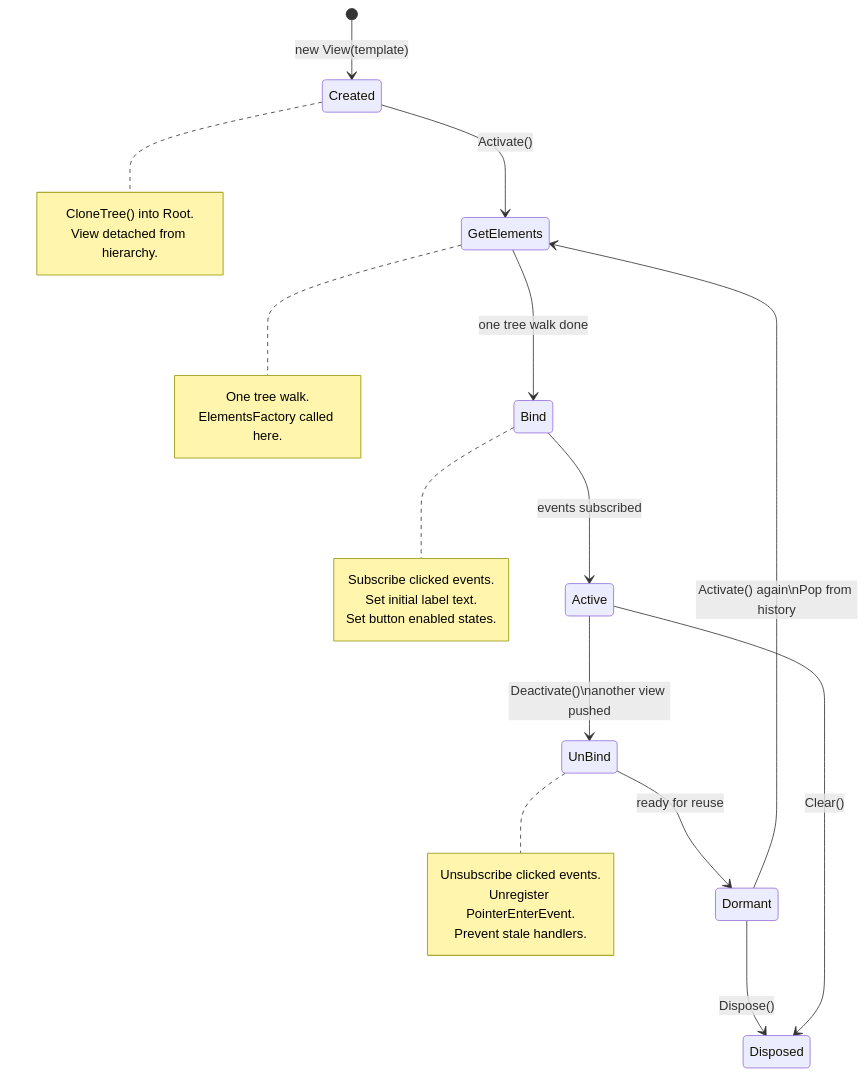
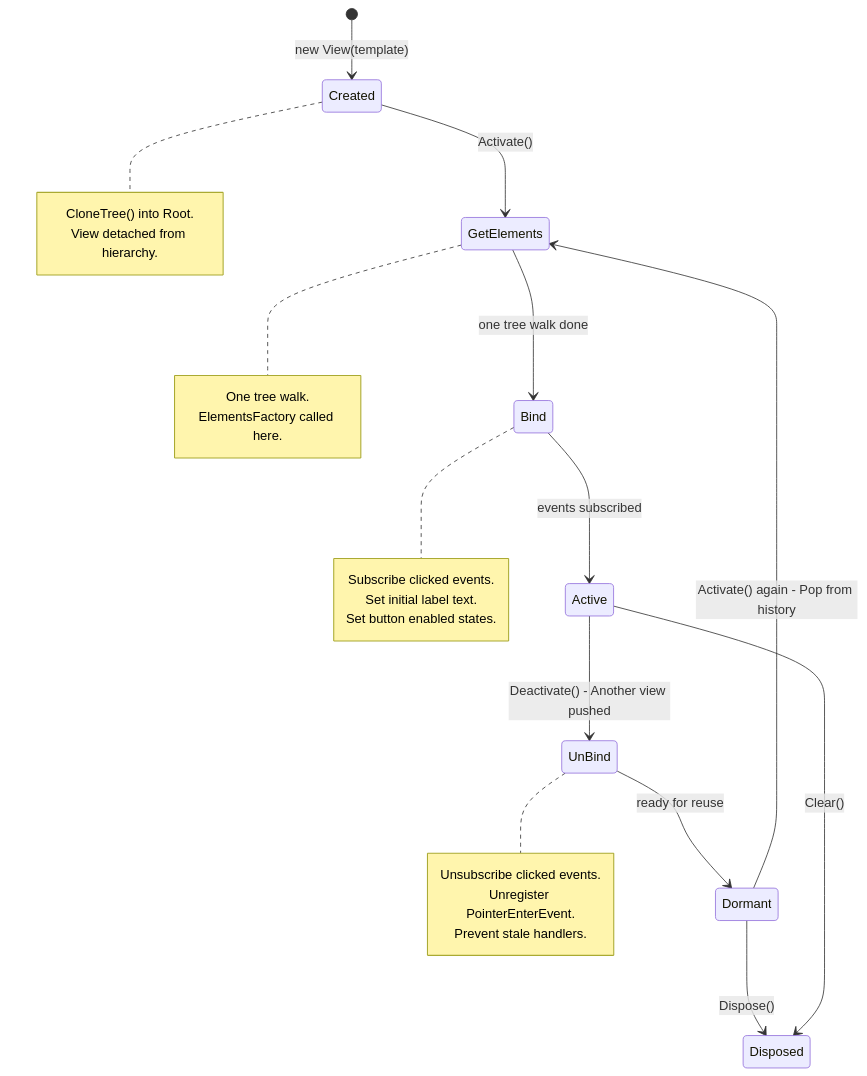
One commit to SBUplakankus/world-at-war-ui-toolkit changed the third of 3 diagrams in README.md. Above: the diagram before and after it, drawn with Mermaid. The commit also changed other lines of this file, not shown here.

````diff
--- a/README.md
+++ b/README.md
@@ -152,35 +109,35 @@
 ```mermaid
 stateDiagram-v2
     [*] --> Created : new View(template)
     Created --> GetElements : Activate()
     GetElements --> Bind : one tree walk done
     Bind --> Active : events subscribed
 
-    Active --> UnBind : Deactivate()\nanother view pushed
+    Active --> UnBind : Deactivate() - Another view pushed
     UnBind --> Dormant : ready for reuse
-    Dormant --> GetElements : Activate() again\nPop from history
+    Dormant --> GetElements : Activate() again - Pop from history
     Dormant --> Disposed : Dispose()
     Active --> Disposed : Clear()
 
     note right of Created
         CloneTree() into Root.
         View detached from hierarchy.
     end note
 
     note right of GetElements
         One tree walk.
         ElementsFactory called here.
     end note
 
     note right of Bind
         Subscribe clicked events.
         Set initial label text.
         Set button enabled states.
     end note
 
     note right of UnBind
         Unsubscribe clicked events.
         Unregister PointerEnterEvent.
         Prevent stale handlers.
     end note
 ```
````
